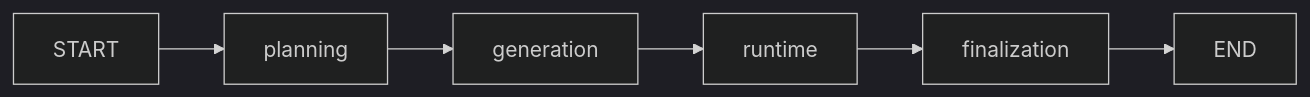
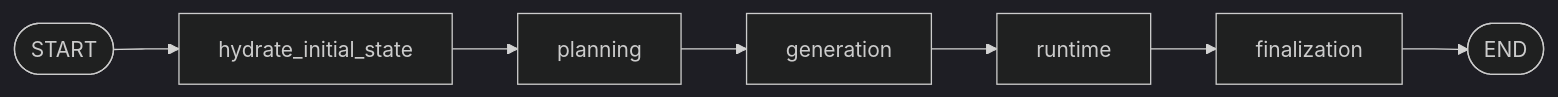
Before and after one commit to keonho-kim/simula: the diagram in docs/workflows/simulation.md, drawn with Mermaid (dark theme). The commit also changed other lines of this file and 98 other files, not shown here.

````diff
--- a/docs/workflows/simulation.md
+++ b/docs/workflows/simulation.md
@@ -11,8 +9,9 @@
 ```mermaid
 flowchart LR
-    START --> planning
-    planning --> generation
-    generation --> runtime
-    runtime --> finalization
-    finalization --> END
+    Start([START]) --> Hydrate["hydrate_initial_state"]
+    Hydrate --> Planning["planning"]
+    Planning --> Generation["generation"]
+    Generation --> Runtime["runtime"]
+    Runtime --> Finalization["finalization"]
+    Finalization --> End([END])
 ```
````
